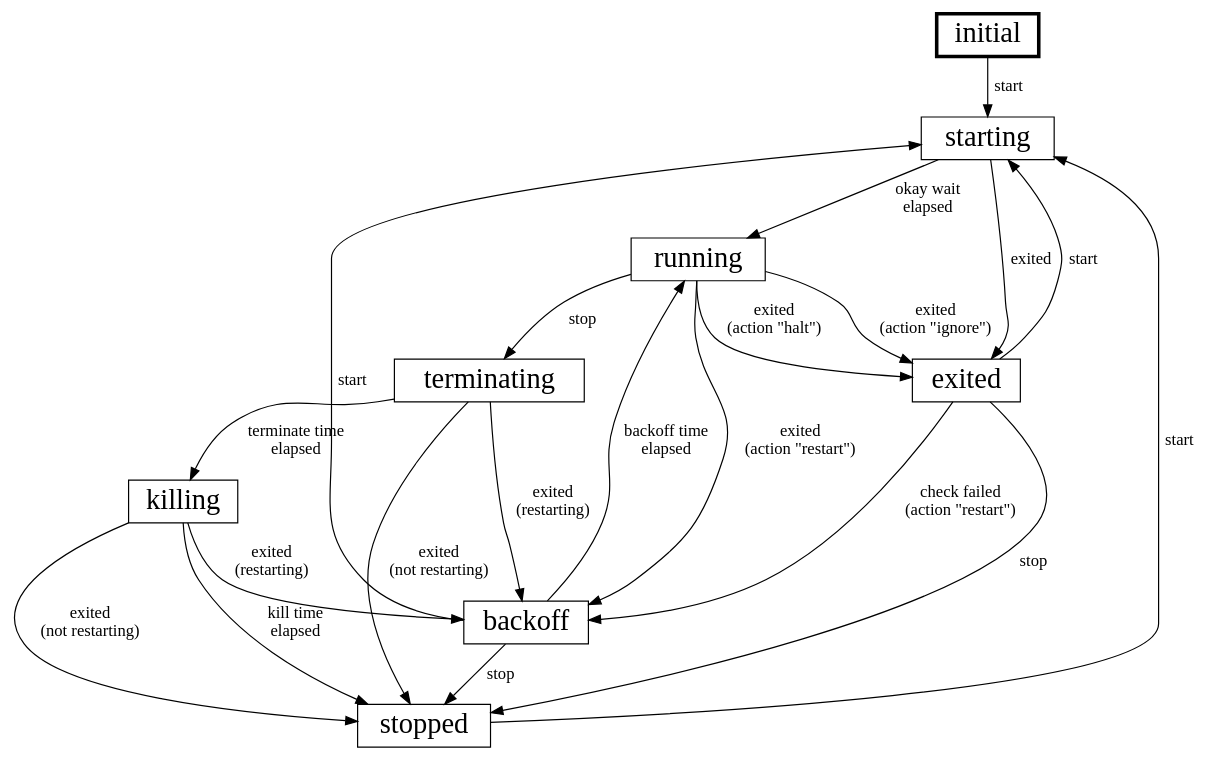
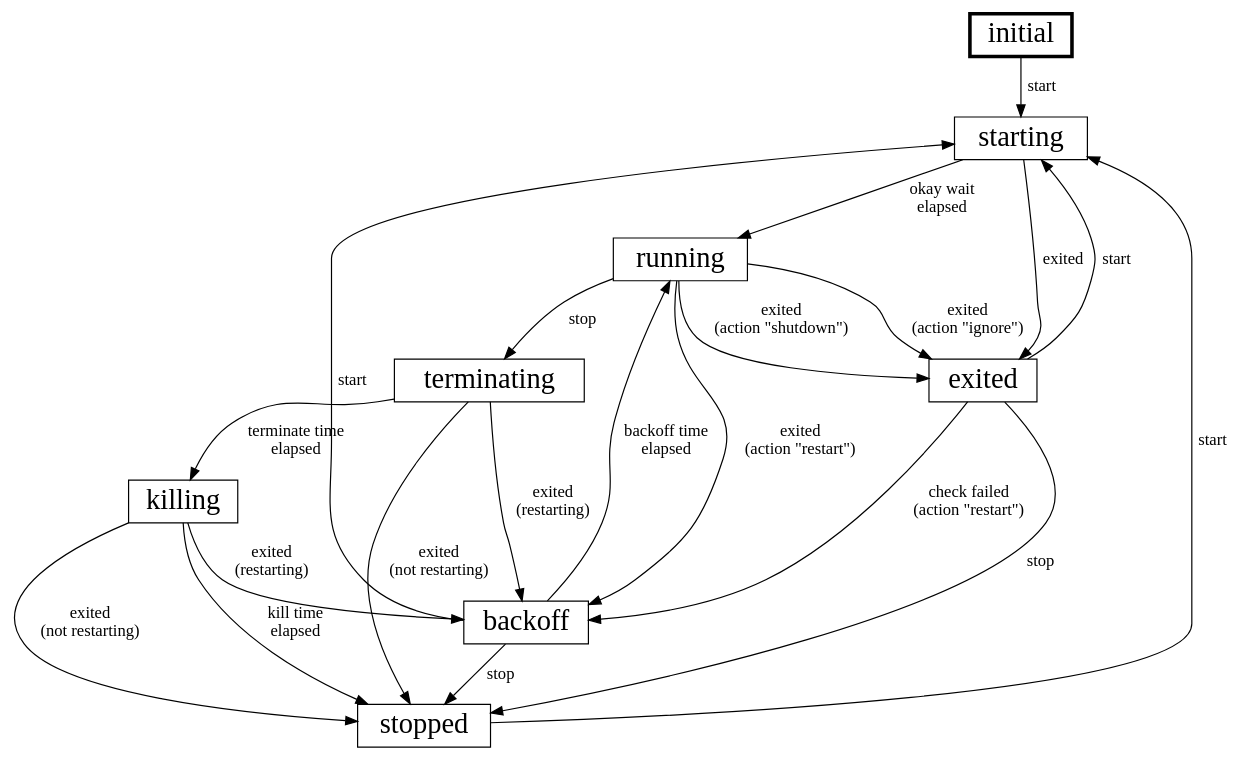
Before and after one commit to canonical/pebble: the diagram in internal/overlord/servstate/state-diagram.dot, drawn with Graphviz. The commit also changed 5 other files, not shown here.

Commit message:
Rename "halt" to "shutdown"

```diff
--- a/internal/overlord/servstate/state-diagram.dot
+++ b/internal/overlord/servstate/state-diagram.dot
@@ -1,24 +1,24 @@
 # Create SVG with the following graphviz command:
 #
 # dot -Tsvg internal/overlord/servstate/state-diagram.dot -o ./internal/overlord/servstate/state-diagram.svg
 
 digraph service_state_machine {
     node [penwidth=3 shape=box fontsize=24] initial
     node [penwidth=1]
     initial -> starting [label="start"]
     starting -> running [label="okay wait\nelapsed"]
     running -> terminating [label="stop"]
     terminating -> killing [label="terminate time\nelapsed"]
     {terminating, killing} -> stopped [label="exited\n(not restarting)"]
     {terminating, killing} -> backoff [label="exited\n(restarting)"]
     exited -> stopped [label="stop"]
     starting -> exited [label="exited"]
     {backoff, stopped, exited} -> starting [label="start"]
     running -> exited [label="exited\n(action \"ignore\")"]
-    running -> exited [label="exited\n(action \"halt\")"]
+    running -> exited [label="exited\n(action \"shutdown\")"]
     running -> backoff [label="exited\n(action \"restart\")"]
     backoff -> stopped [label="stop"]
     backoff -> running [label="backoff time\nelapsed"]
     killing -> stopped [label="kill time\nelapsed"]
     exited -> backoff [label="check failed\n(action \"restart\")"]
 }
```
